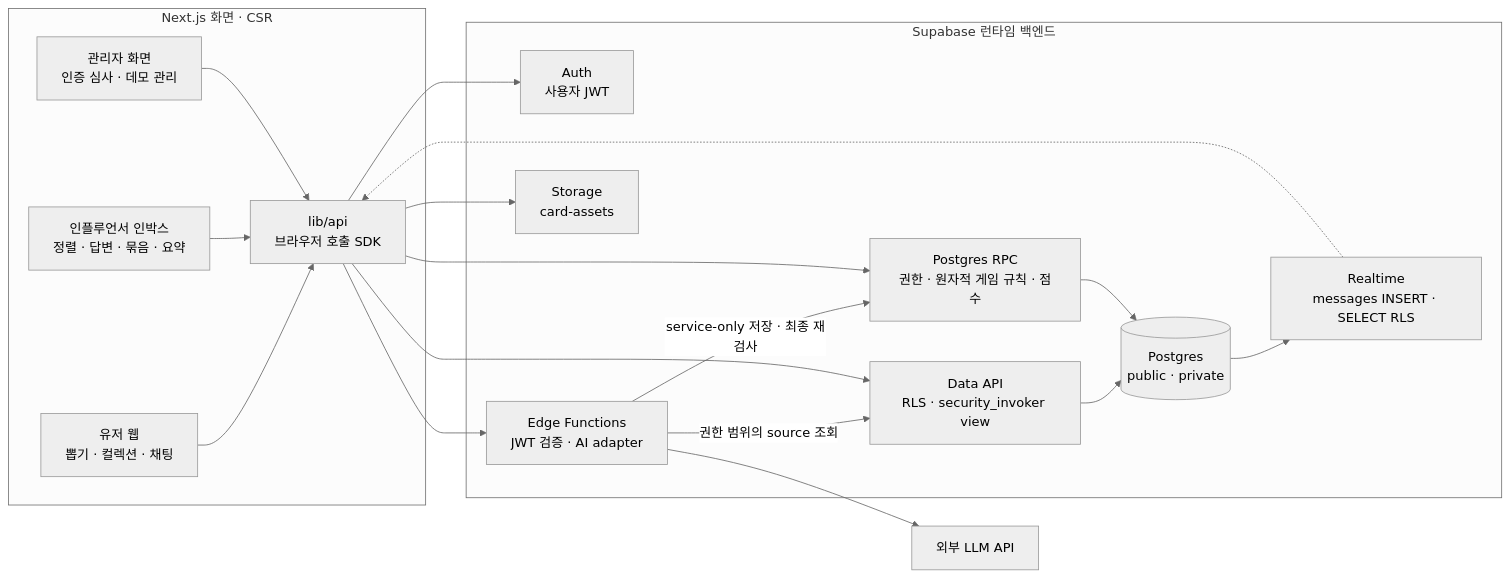
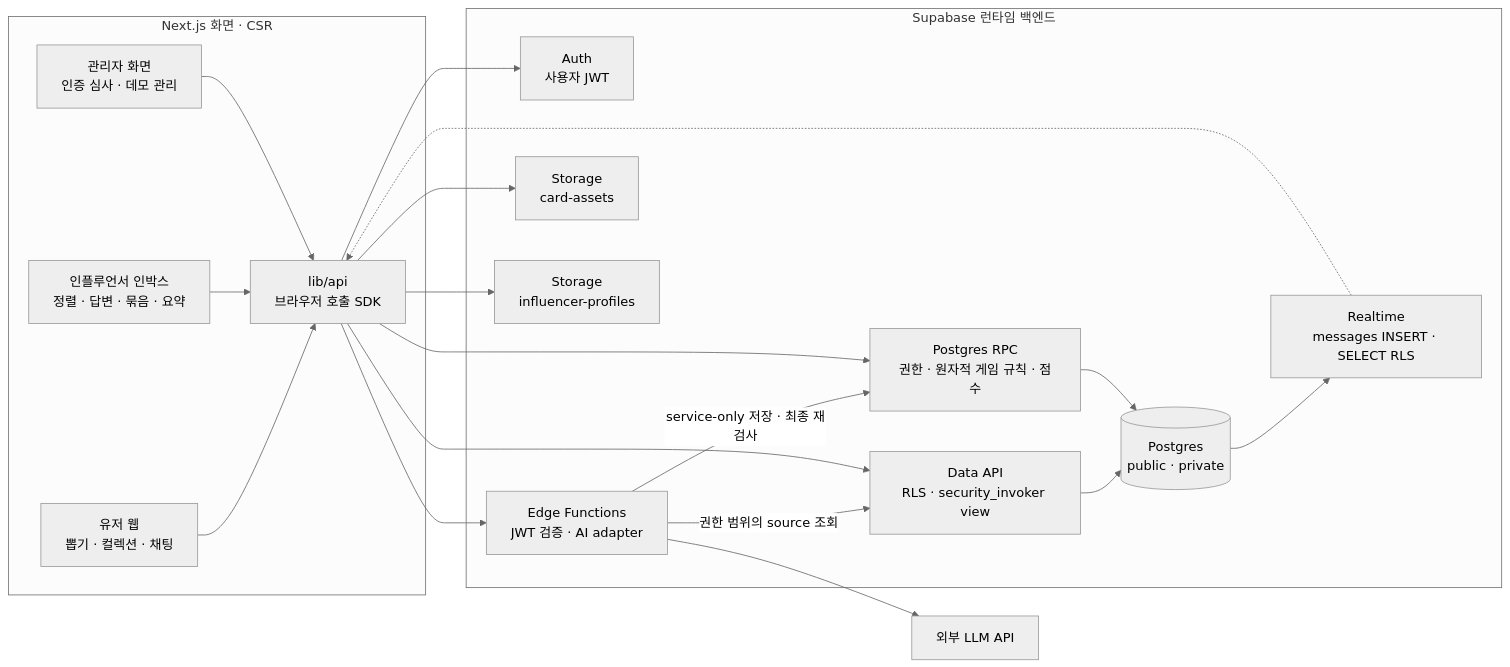
The diagram in docs/architecture.md (moonankim/BirdieBuddy), drawn with Mermaid (neutral theme) before and after one commit. The commit also changed other lines of this file and 1 other file, not shown here.

First line of the commit message:
docs: align Hongju plan and architecture with PRD

````diff
--- a/docs/architecture.md
+++ b/docs/architecture.md
@@ -15,34 +15,36 @@
 ```mermaid
 flowchart LR
   subgraph Client["Next.js 화면 · CSR"]
     U["유저 웹<br/>뽑기 · 컬렉션 · 채팅"]
     I["인플루언서 인박스<br/>정렬 · 답변 · 묶음 · 요약"]
     A["관리자 화면<br/>인증 심사 · 데모 관리"]
     SDK["lib/api<br/>브라우저 호출 SDK"]
     U --> SDK
     I --> SDK
     A --> SDK
   end
   subgraph Supabase["Supabase 런타임 백엔드"]
     AUTH["Auth<br/>사용자 JWT"]
     DATA["Data API<br/>RLS · security_invoker view"]
     RPC["Postgres RPC<br/>권한 · 원자적 게임 규칙 · 점수"]
     EDGE["Edge Functions<br/>JWT 검증 · AI adapter"]
     DB[("Postgres<br/>public · private")]
     RT["Realtime<br/>messages INSERT · SELECT RLS"]
     ST["Storage<br/>card-assets"]
+    PROFILE_ST["Storage<br/>influencer-profiles"]
     DATA --> DB
     RPC --> DB
     EDGE -->|"권한 범위의 source 조회"| DATA
     EDGE -->|"service-only 저장 · 최종 재검사"| RPC
     DB --> RT
   end
   LLM["외부 LLM API"]
   SDK --> AUTH
   SDK --> DATA
   SDK --> RPC
   SDK --> EDGE
   SDK --> ST
+  SDK --> PROFILE_ST
   EDGE --> LLM
   RT -.-> SDK
 ```
````
